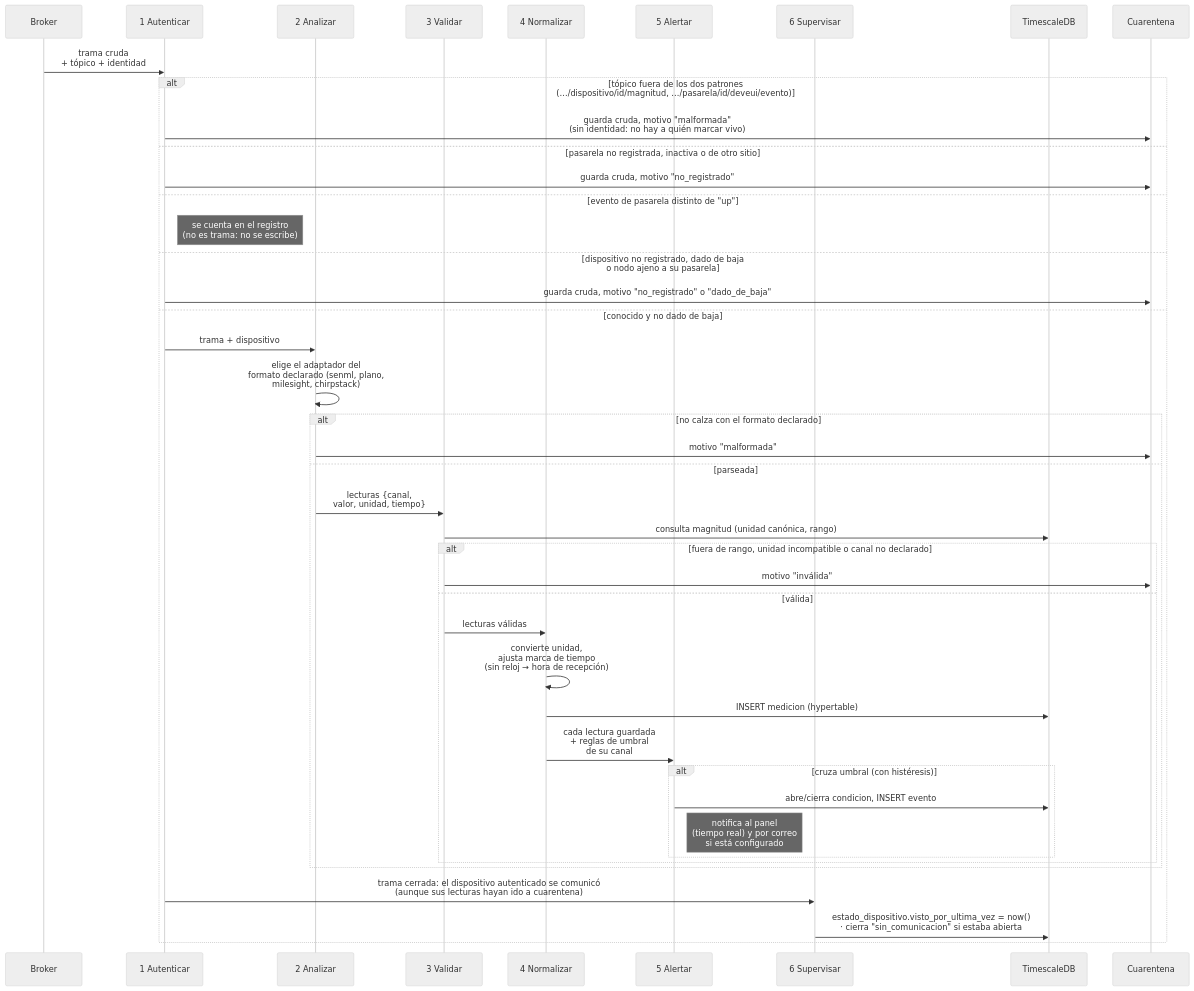
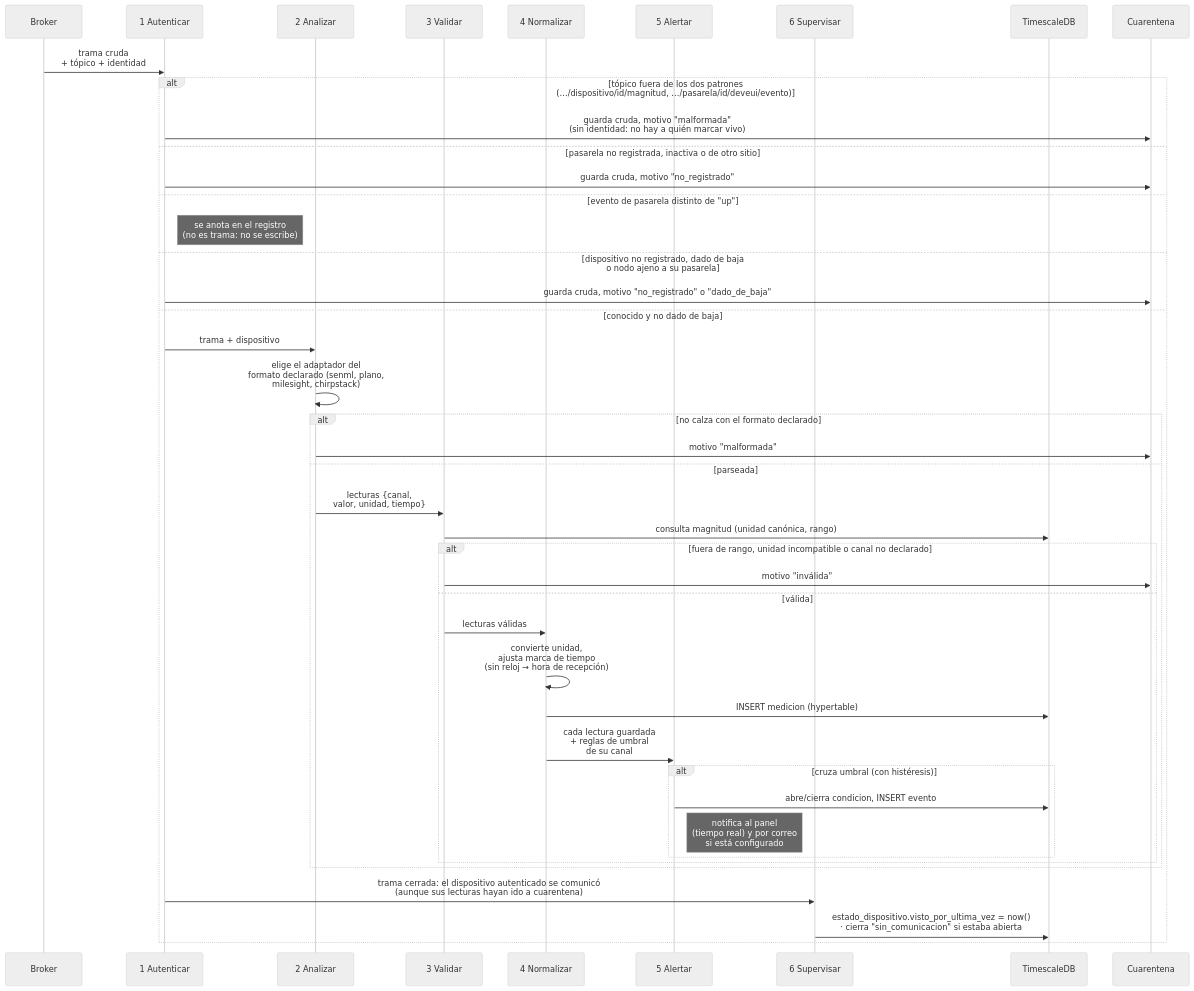
The diagram in informe-oficial/figuras/mermaid/sec-pipeline.mmd (vicenterami/tesis), drawn with Mermaid (neutral theme) before and after one commit. The commit also changed 25 other files, not shown here.

```diff
--- a/informe-oficial/figuras/mermaid/sec-pipeline.mmd
+++ b/informe-oficial/figuras/mermaid/sec-pipeline.mmd
@@ -1,44 +1,44 @@
 sequenceDiagram
     participant MQ as Broker
     participant F1 as 1 Autenticar
     participant F2 as 2 Analizar
     participant F3 as 3 Validar
     participant F4 as 4 Normalizar
     participant F5 as 5 Alertar
     participant F6 as 6 Supervisar
     participant DB as TimescaleDB
     participant Q as Cuarentena
 
     MQ->>F1: trama cruda<br/>+ tópico + identidad
     alt tópico fuera de los dos patrones<br/>(…/dispositivo/id/magnitud, …/pasarela/id/deveui/evento)
         F1->>Q: guarda cruda, motivo "malformada"<br/>(sin identidad: no hay a quién marcar vivo)
     else pasarela no registrada, inactiva o de otro sitio
         F1->>Q: guarda cruda, motivo "no_registrado"
     else evento de pasarela distinto de "up"
-        Note right of F1: se cuenta en el registro<br/>(no es trama: no se escribe)
+        Note right of F1: se anota en el registro<br/>(no es trama: no se escribe)
     else dispositivo no registrado, dado de baja<br/>o nodo ajeno a su pasarela
         F1->>Q: guarda cruda, motivo "no_registrado" o "dado_de_baja"
     else conocido y no dado de baja
         F1->>F2: trama + dispositivo
         F2->>F2: elige el adaptador del<br/>formato declarado (senml, plano,<br/>milesight, chirpstack)
         alt no calza con el formato declarado
             F2->>Q: motivo "malformada"
         else parseada
             F2->>F3: lecturas {canal,<br/>valor, unidad, tiempo}
             F3->>DB: consulta magnitud (unidad canónica, rango)
             alt fuera de rango, unidad incompatible o canal no declarado
                 F3->>Q: motivo "inválida"
             else válida
                 F3->>F4: lecturas válidas
                 F4->>F4: convierte unidad,<br/>ajusta marca de tiempo<br/>(sin reloj → hora de recepción)
                 F4->>DB: INSERT medicion (hypertable)
                 F4->>F5: cada lectura guardada<br/>+ reglas de umbral<br/>de su canal
                 alt cruza umbral (con histéresis)
                     F5->>DB: abre/cierra condicion, INSERT evento
                     Note right of F5: notifica al panel<br/>(tiempo real) y por correo<br/>si está configurado
                 end
             end
         end
         F1->>F6: trama cerrada: el dispositivo autenticado se comunicó<br/>(aunque sus lecturas hayan ido a cuarentena)
         F6->>DB: estado_dispositivo.visto_por_ultima_vez = now()<br/>· cierra "sin_comunicacion" si estaba abierta
     end
```
